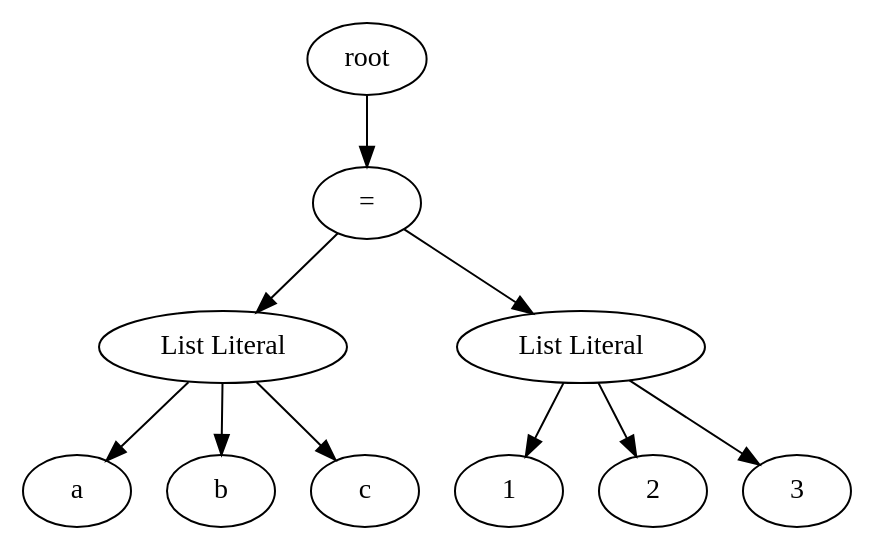
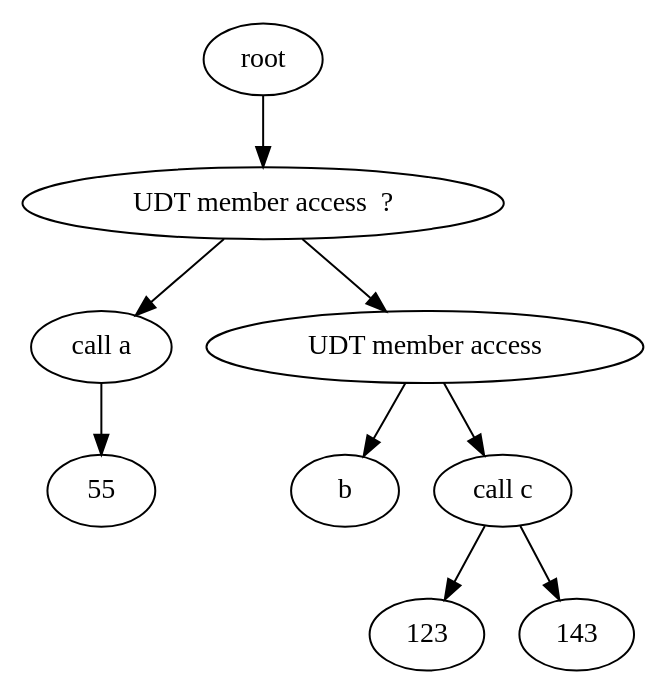
Before and after one commit to pranav-ap/wasp-lang: the diagram in examples/module.dot, drawn with Graphviz. The commit also changed 12 other files, not shown here.

```diff
--- a/examples/module.dot
+++ b/examples/module.dot
@@ -1,21 +1,19 @@
 digraph G { 
 "0"   [label="root"]; 
- "1"   [label="="]; 
+ "1"   [label="UDT member access  ? "]; 
  "0" -> "1"; 
- "2"   [label="List Literal"]; 
+ "2"   [label="call a"]; 
  "1" -> "2"; 
- "3"   [label="a"]; 
+ "3"   [label="55"]; 
  "2" -> "3"; 
- "4"   [label="b"]; 
- "2" -> "4"; 
- "5"   [label="c"]; 
- "2" -> "5"; 
- "6"   [label="List Literal"]; 
- "1" -> "6"; 
- "7"   [label="1"]; 
+ "4"   [label="UDT member access "]; 
+ "1" -> "4"; 
+ "5"   [label="b"]; 
+ "4" -> "5"; 
+ "6"   [label="call c"]; 
+ "4" -> "6"; 
+ "7"   [label="123"]; 
  "6" -> "7"; 
- "8"   [label="2"]; 
+ "8"   [label="143"]; 
  "6" -> "8"; 
- "9"   [label="3"]; 
- "6" -> "9"; 
  }
```
